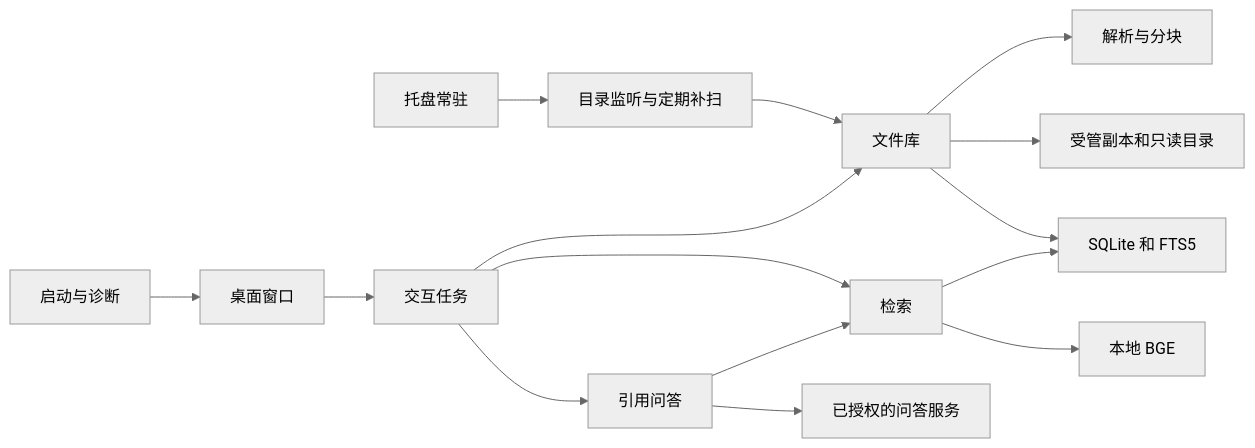
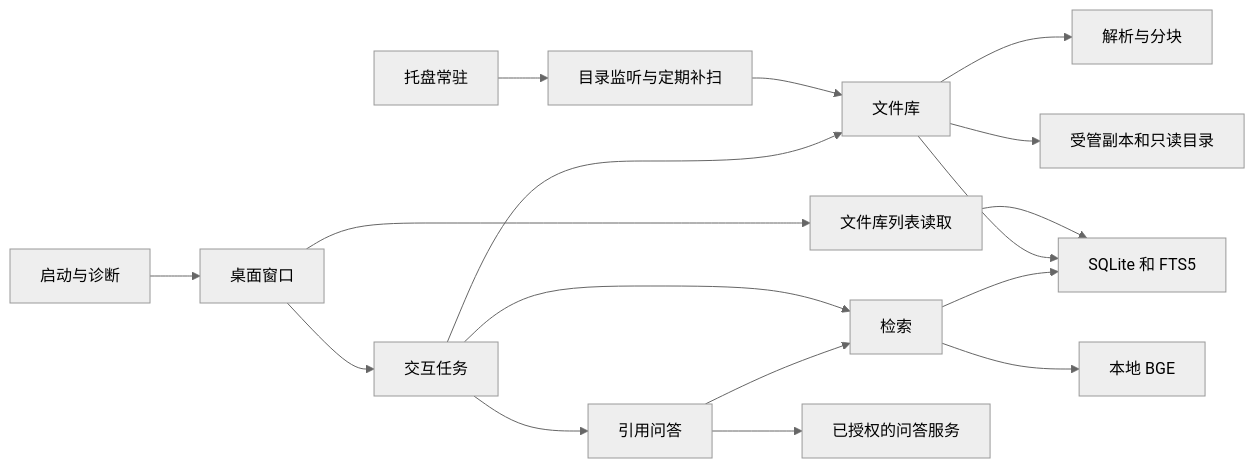
The diagram in docs/architecture.md (We1chan/FileMind), drawn with Mermaid (neutral theme) before and after one commit. The commit also changed other lines of this file and 10 other files, not shown here.

````diff
--- a/docs/architecture.md
+++ b/docs/architecture.md
@@ -5,17 +5,19 @@
 ```mermaid
 flowchart LR
     Entry["启动与诊断"] --> Window["桌面窗口"]
     Window --> Task["交互任务"]
+    Window --> Catalog["文件库列表读取"]
+    Catalog --> Store
     Tray["托盘常驻"] --> Monitor["目录监听与定期补扫"]
     Monitor --> Library
     Task --> Library["文件库"]
     Task --> Search["检索"]
     Task --> QA["引用问答"]
     QA --> Search
     QA --> Remote["已授权的问答服务"]
     Library --> Parser["解析与分块"]
     Library --> Files["受管副本和只读目录"]
     Library --> Store["SQLite 和 FTS5"]
     Search --> Store
     Search --> Model["本地 BGE"]
 ```
````
